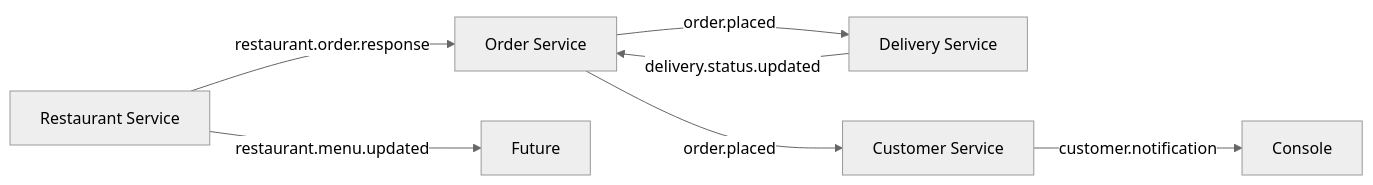
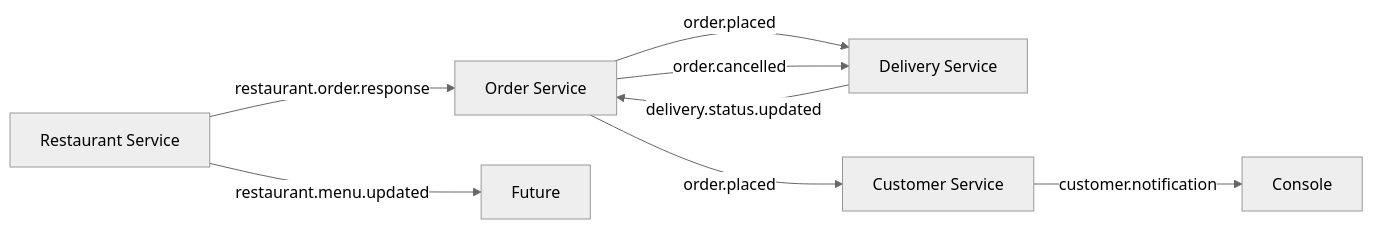
Before and after one commit to afaafhariri/food-delivery-microservices: the diagram in README.md, drawn with Mermaid (neutral theme). The commit also changed other lines of this file and 15 other files, not shown here.

Commit message:
Feat: order.cancelled event frees the driver of a cancelled order

````diff
--- a/README.md
+++ b/README.md
@@ -65,9 +65,10 @@
 ```mermaid
 graph LR
     OS[Order Service] -->|order.placed| DS[Delivery Service]
     OS -->|order.placed| CS[Customer Service]
+    OS -->|order.cancelled| DS
     RS[Restaurant Service] -->|restaurant.order.response| OS
     DS -->|delivery.status.updated| OS
     RS -->|restaurant.menu.updated| Future
     CS -->|customer.notification| Console
 ```
````
